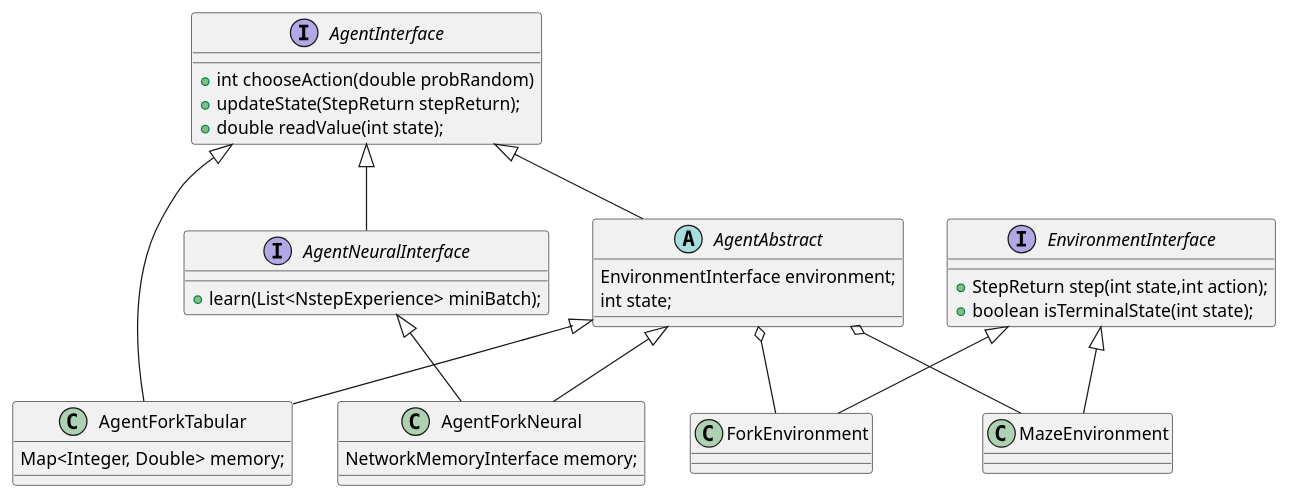
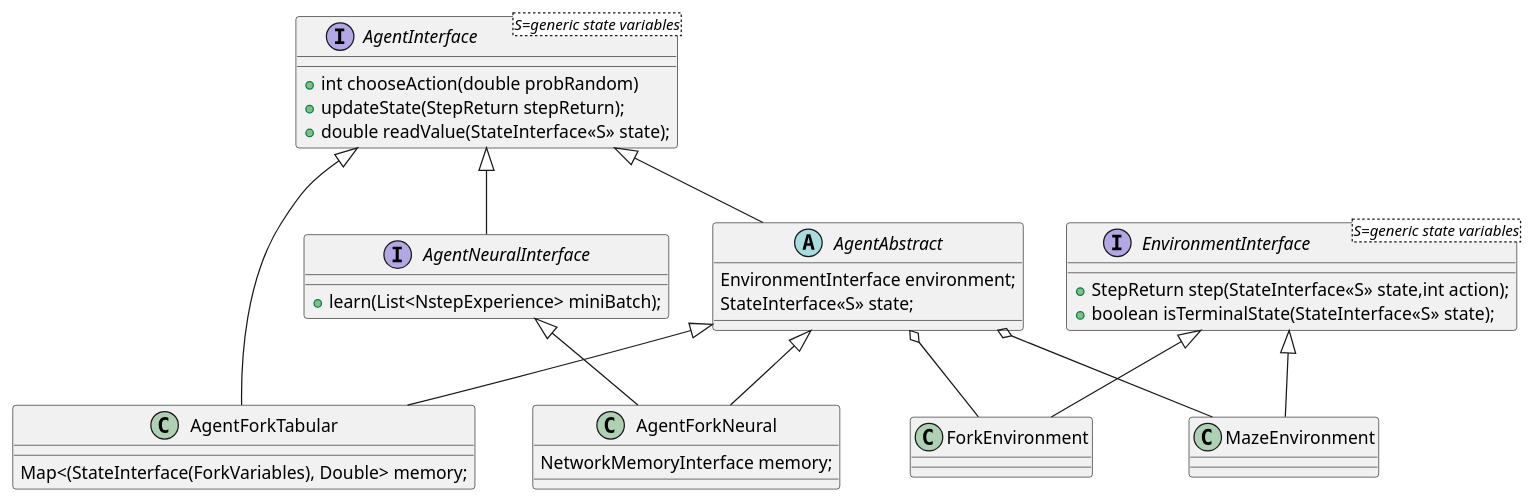
One commit to JonasHellgren/MachineLearning changed the diagram in src/main/java/multi_step_temp_diff/plantuml/mainClasses.puml. Above: the diagram before and after it, drawn with PlantUML. The commit also changed 4 other files, not shown here.

```diff
--- a/src/main/java/multi_step_temp_diff/plantuml/mainClasses.puml
+++ b/src/main/java/multi_step_temp_diff/plantuml/mainClasses.puml
@@ -1,54 +1,54 @@
 @startuml
 'https://plantuml.com/class-diagram
 
-interface AgentInterface {
+interface AgentInterface<S=generic state variables> {
 + int chooseAction(double probRandom)
 + updateState(StepReturn stepReturn);
-+ double readValue(int state);
++ double readValue(StateInterface<<S>> state);
 }
 
 interface AgentNeuralInterface {
 + learn(List<NstepExperience> miniBatch);
 }
 
-interface EnvironmentInterface {
-+  StepReturn step(int state,int action);
-+  boolean isTerminalState(int state);
+interface EnvironmentInterface<S=generic state variables> {
++  StepReturn step(StateInterface<<S>> state,int action);
++  boolean isTerminalState(StateInterface<<S>> state);
 }
 
 
 abstract class AgentAbstract {
     EnvironmentInterface environment;
-    int state;
+    StateInterface<<S>> state;
 }
 
 
 class AgentForkNeural {
 NetworkMemoryInterface memory;
 }
 class AgentForkTabular  {
-Map<Integer, Double> memory;
+Map<(StateInterface(ForkVariables), Double> memory;
 }
 class ForkEnvironment
 class MazeEnvironment
 
 
 AgentInterface <|-- AgentNeuralInterface
 
 AgentInterface <|-- AgentAbstract
 AgentNeuralInterface <|-- AgentForkNeural
 AgentInterface <|-- AgentForkTabular
 AgentAbstract <|-- AgentForkNeural
 AgentAbstract <|-- AgentForkTabular
 
 EnvironmentInterface <|-- ForkEnvironment
 EnvironmentInterface <|-- MazeEnvironment
 
 AgentAbstract  o-- ForkEnvironment
 AgentAbstract  o-- MazeEnvironment
 
 
 
 
 
 @enduml
```
